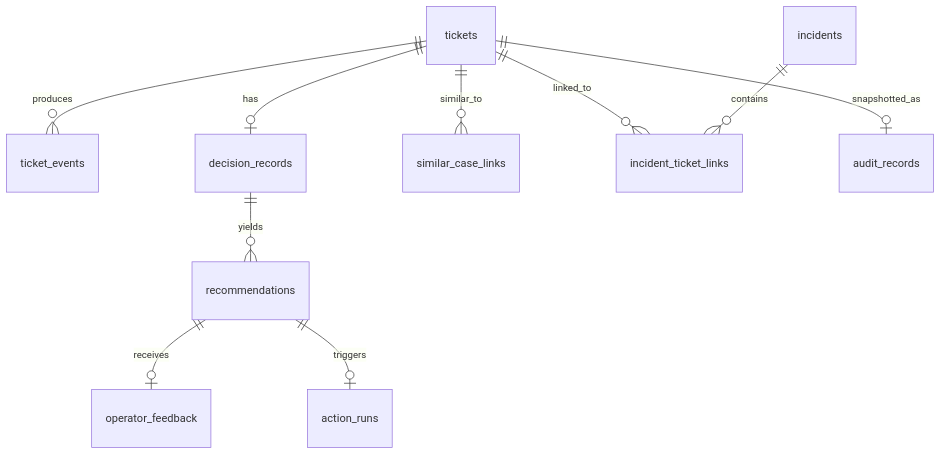
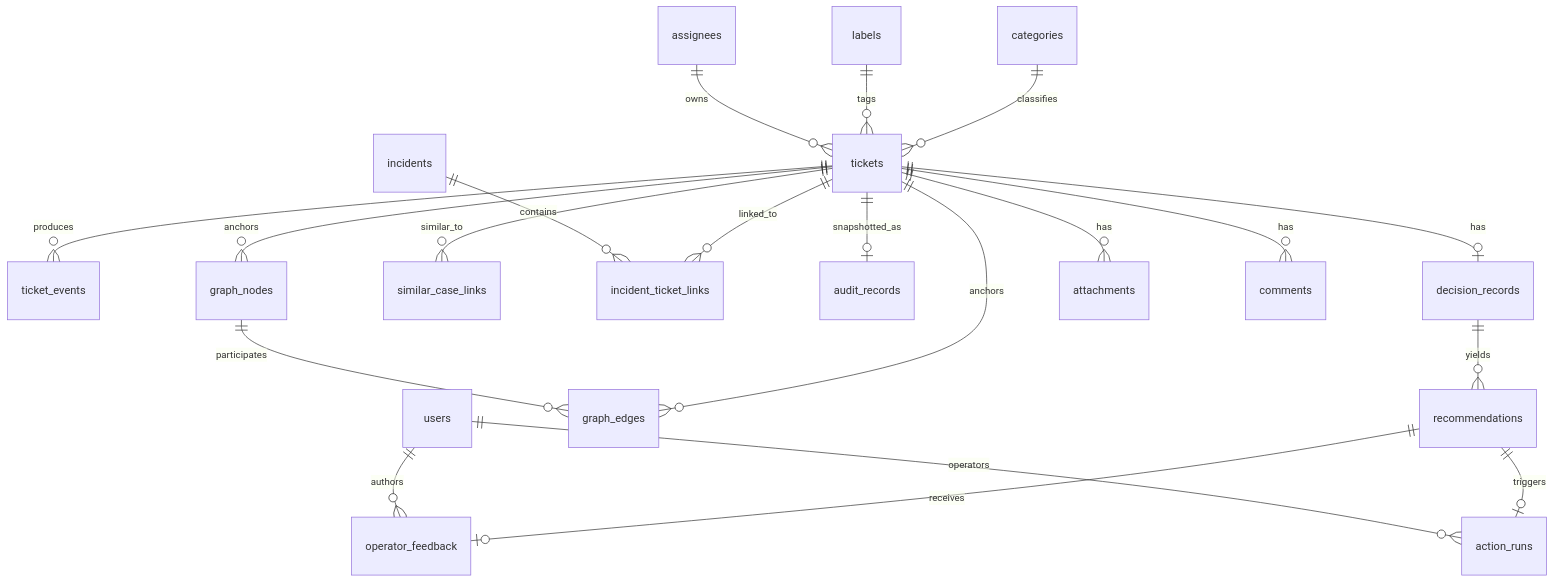
The third of 4 diagrams in docs/architecture/system-overview.md (AngelP17/Aether-Ticketing), drawn with Mermaid before and after one commit. The commit also changed other lines of this file and 10 other files, not shown here.

First line of the commit message:
docs: refresh with mermaid.js diagrams across all sections

````diff
--- a/docs/architecture/system-overview.md
+++ b/docs/architecture/system-overview.md
@@ -56,12 +59,22 @@
 ```mermaid
 erDiagram
     tickets ||--o{ ticket_events : produces
     tickets ||--o| decision_records : has
     decision_records ||--o{ recommendations : yields
     tickets ||--o{ similar_case_links : similar_to
     tickets ||--o{ incident_ticket_links : linked_to
     incidents ||--o{ incident_ticket_links : contains
     recommendations ||--o| operator_feedback : receives
     recommendations ||--o| action_runs : triggers
     tickets ||--o| audit_records : snapshotted_as
+    tickets ||--o{ graph_nodes : "anchors"
+    tickets ||--o{ graph_edges : "anchors"
+    graph_nodes ||--o{ graph_edges : "participates"
+    tickets ||--o{ attachments : has
+    tickets ||--o{ comments : has
+    users ||--o{ operator_feedback : authors
+    users ||--o{ action_runs : operators
+    categories ||--o{ tickets : classifies
+    labels ||--o{ tickets : tags
+    assignees ||--o{ tickets : owns
 ```
````
